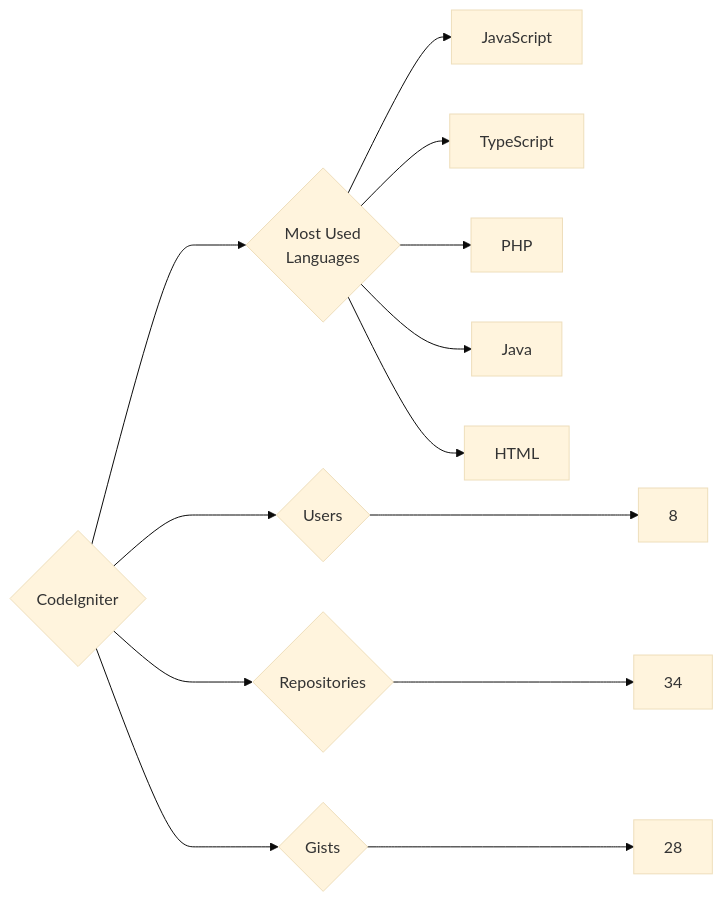
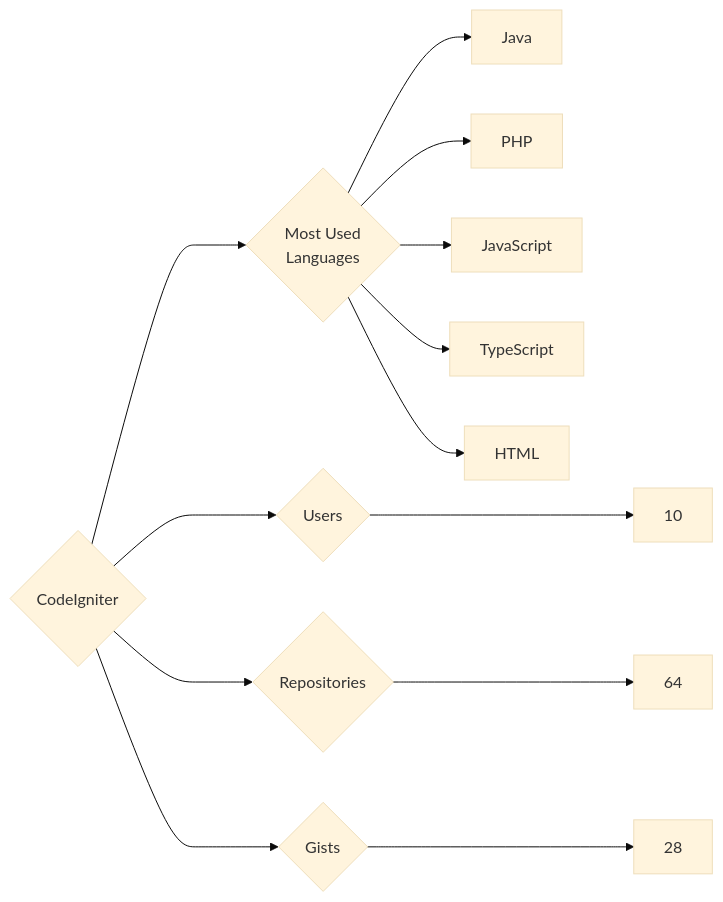
One commit to trickest/insiders changed the diagram in targets/CodeIgniter/README.md. Above: the diagram before and after it, drawn with Mermaid (base theme). The commit also changed 997 other files, not shown here.

````diff
--- a/targets/CodeIgniter/README.md
+++ b/targets/CodeIgniter/README.md
@@ -3,13 +3,13 @@
 ```mermaid
 graph LR
 COMPANY_NAME{CodeIgniter}
-COMPANY_NAME ---> U{Users} ---> UN[8]
-COMPANY_NAME ---> R{Repositories} ---> RN[34]
+COMPANY_NAME ---> U{Users} ---> UN[10]
+COMPANY_NAME ---> R{Repositories} ---> RN[64]
 COMPANY_NAME ---> G{Gists} ---> GN[28]
 COMPANY_NAME ---> ML{Most Used<br>Languages}
+ML --> Java[Java]
+ML --> PHP[PHP]
 ML --> JavaScript[JavaScript]
 ML --> TypeScript[TypeScript]
-ML --> PHP[PHP]
-ML --> Java[Java]
 ML --> HTML[HTML]
 ```
````
